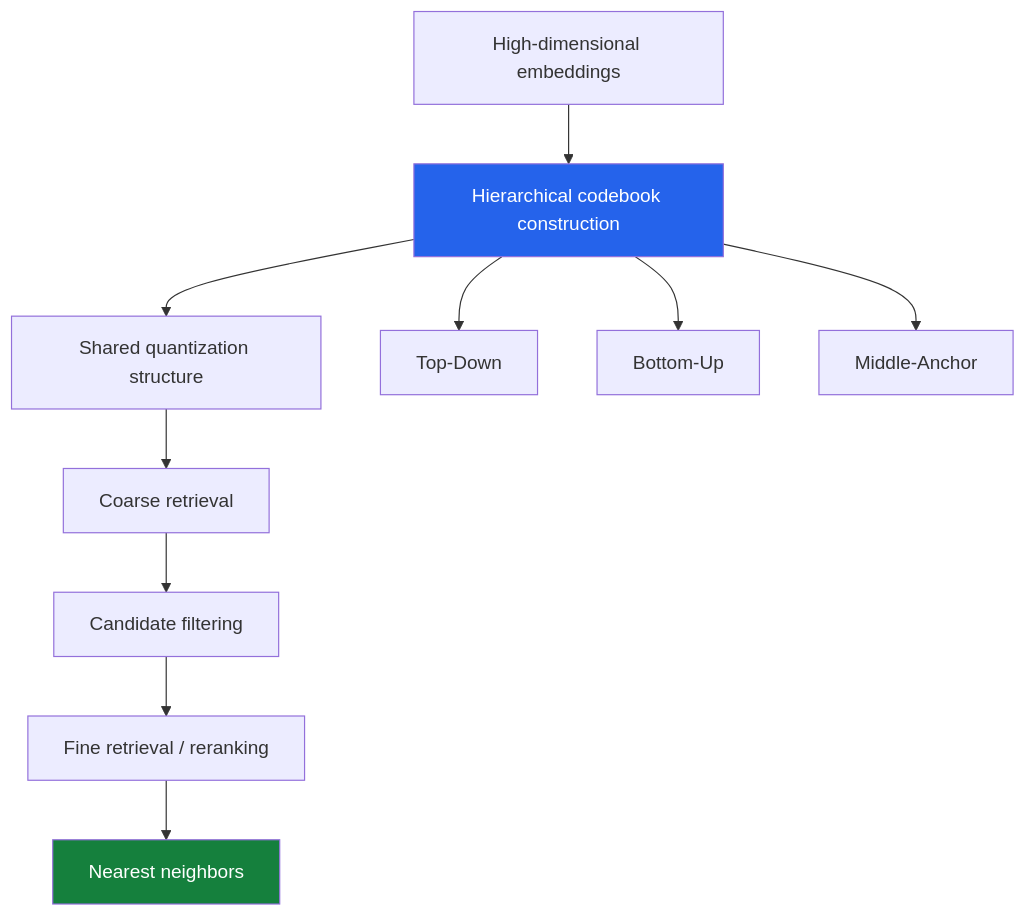
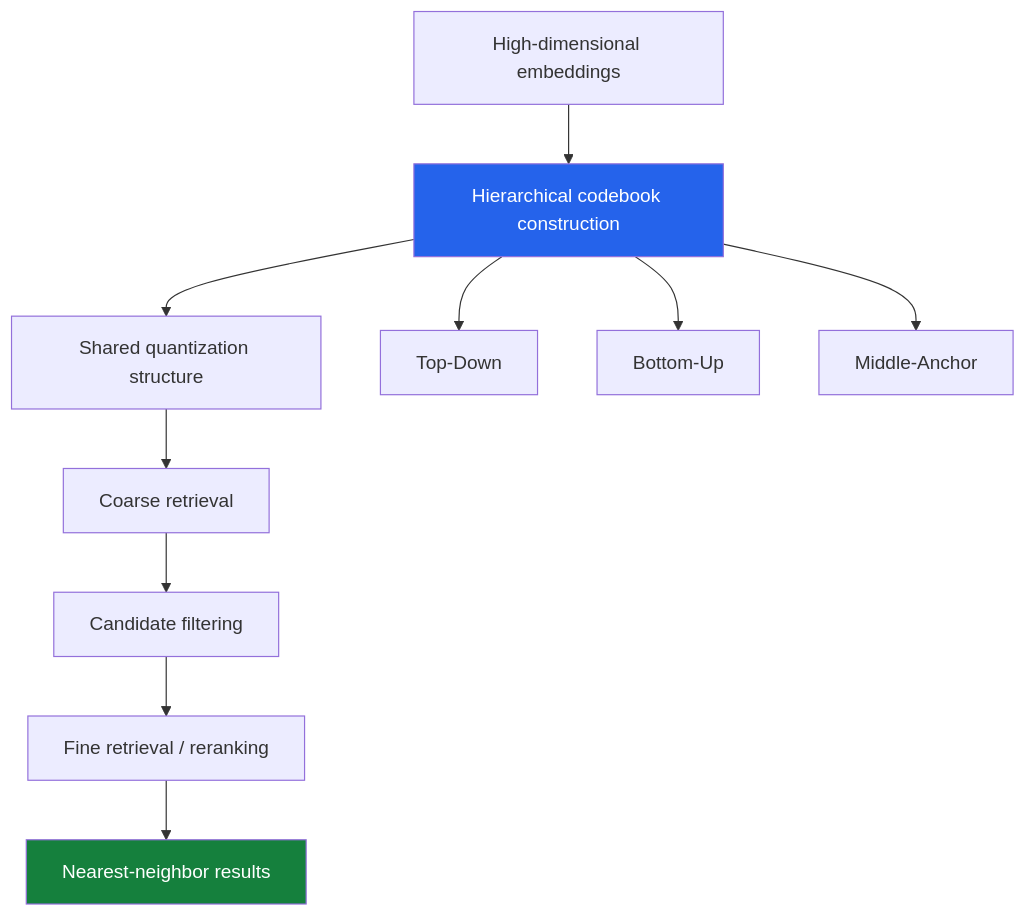
One commit to shashwatsaket46/shashwatsaket46 changed the first of 2 diagrams in README.md. Above: the diagram before and after it, drawn with Mermaid. The commit also changed other lines of this file, not shown here.

````diff
--- a/README.md
+++ b/README.md
@@ -73,18 +73,16 @@
 ```mermaid
 flowchart TD
     A["High-dimensional embeddings"] --> B["Hierarchical codebook construction"]
-
     B --> C["Shared quantization structure"]
-
     C --> D["Coarse retrieval"]
     D --> E["Candidate filtering"]
     E --> F["Fine retrieval / reranking"]
-    F --> G["Nearest neighbors"]
+    F --> G["Nearest-neighbor results"]
 
     B --> H["Top-Down"]
     B --> I["Bottom-Up"]
     B --> J["Middle-Anchor"]
 
     style B fill:#2563eb,color:#fff
     style G fill:#15803d,color:#fff
 ```
````
